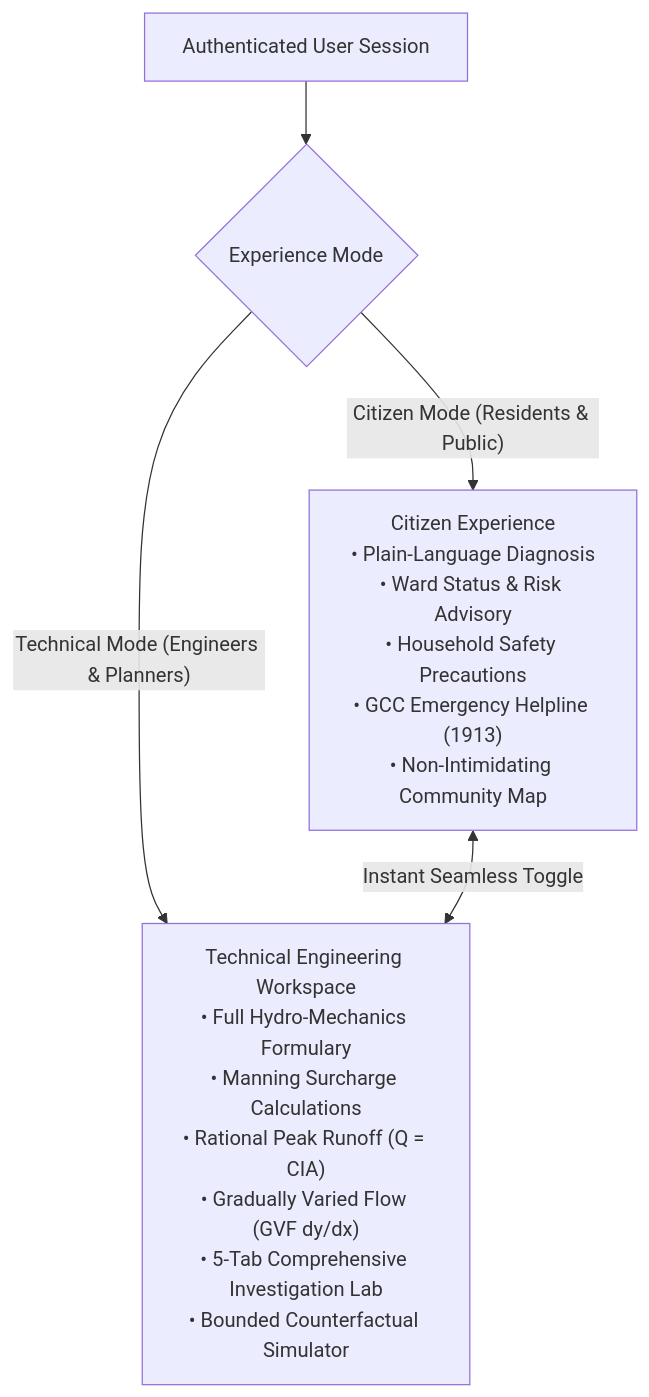
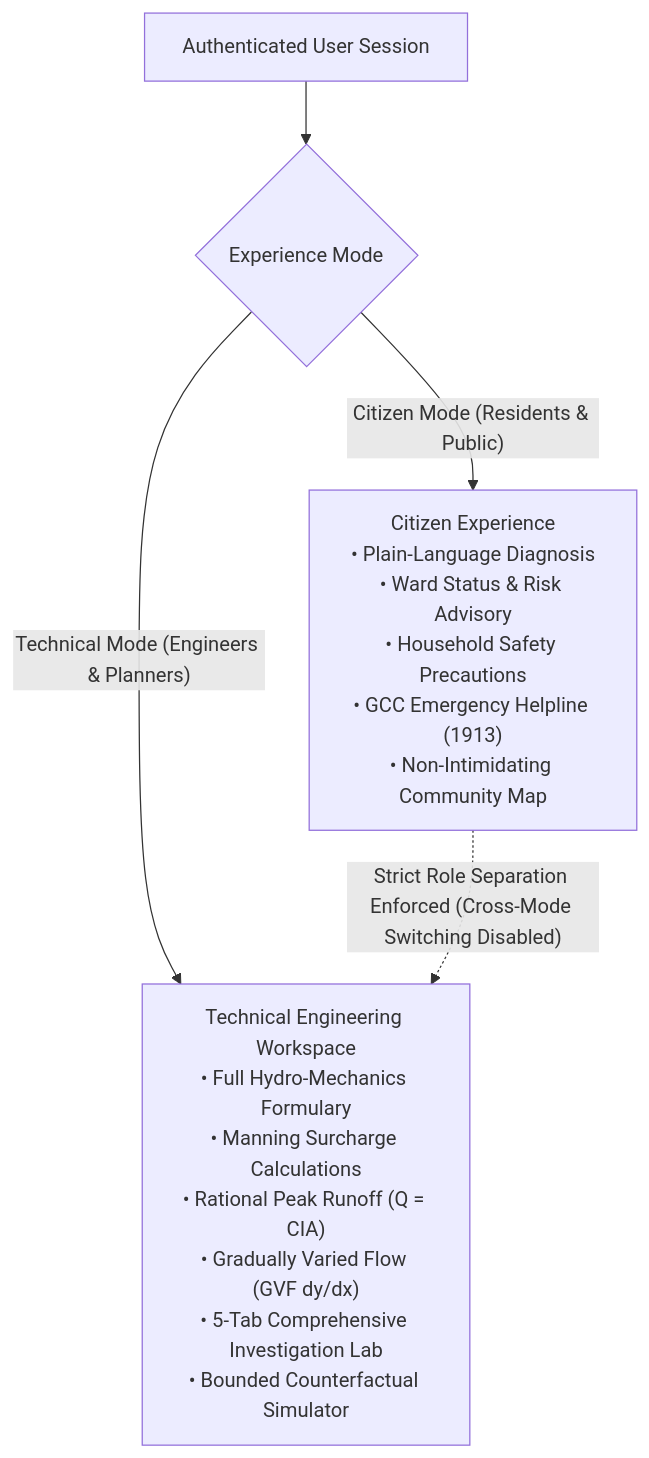
Before and after one commit to nikhillakra2007-tech/FloodLens: the first of 4 diagrams in README.md, drawn with Mermaid. The commit also changed other lines of this file and 22 other files, not shown here.

````diff
--- a/README.md
+++ b/README.md
@@ -38,10 +48,10 @@
 ```mermaid
 flowchart TD
     User["Authenticated User Session"] --> ModeSwitch{"Experience Mode"}
     
     ModeSwitch -->|"Citizen Mode (Residents & Public)"| Cit["Citizen Experience\n• Plain-Language Diagnosis\n• Ward Status & Risk Advisory\n• Household Safety Precautions\n• GCC Emergency Helpline (1913)\n• Non-Intimidating Community Map"]
     
     ModeSwitch -->|"Technical Mode (Engineers & Planners)"| Tech["Technical Engineering Workspace\n• Full Hydro-Mechanics Formulary\n• Manning Surcharge Calculations\n• Rational Peak Runoff (Q = CIA)\n• Gradually Varied Flow (GVF dy/dx)\n• 5-Tab Comprehensive Investigation Lab\n• Bounded Counterfactual Simulator"]
     
-    Cit <-->|"Instant Seamless Toggle"| Tech
+    Cit -.->|"Strict Role Separation Enforced (Cross-Mode Switching Disabled)"| Tech
 ```
````
